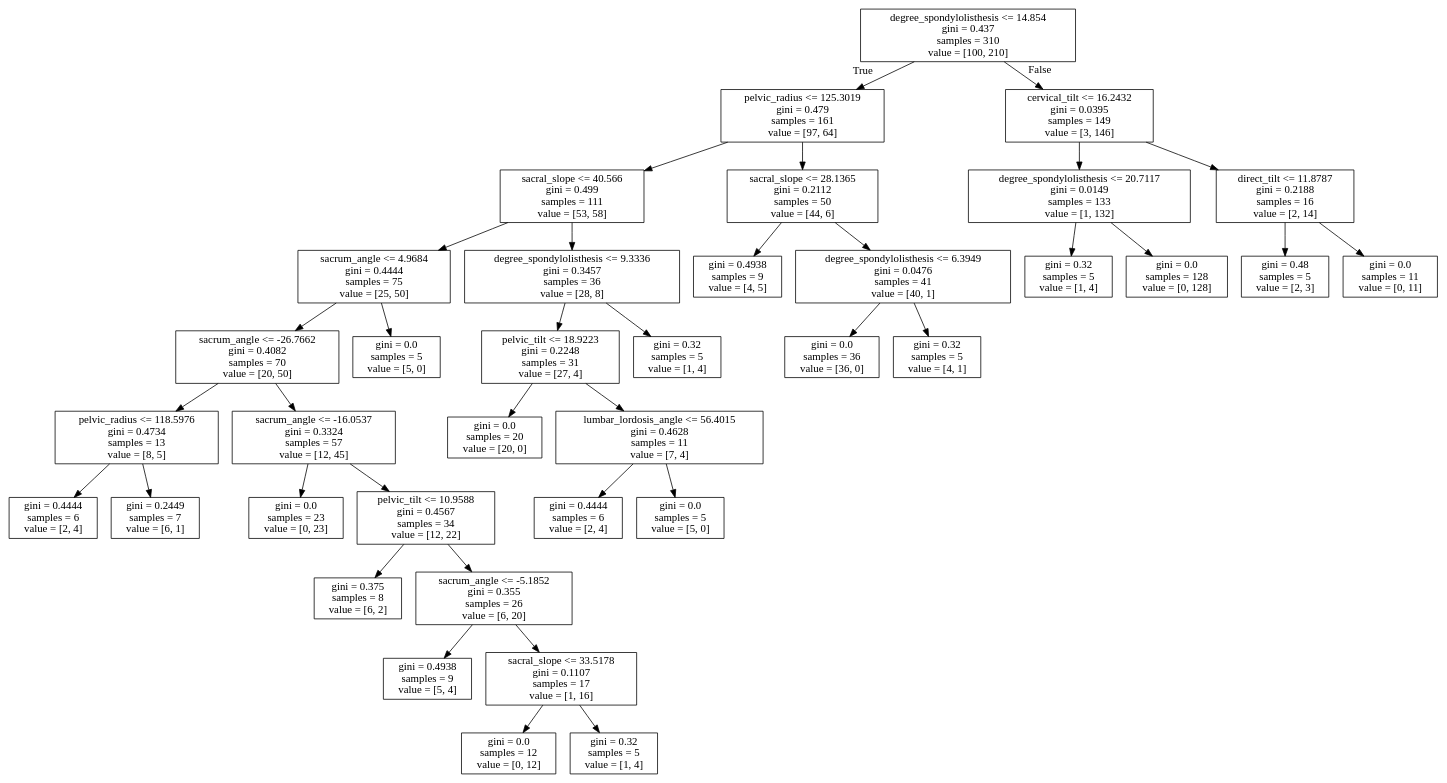
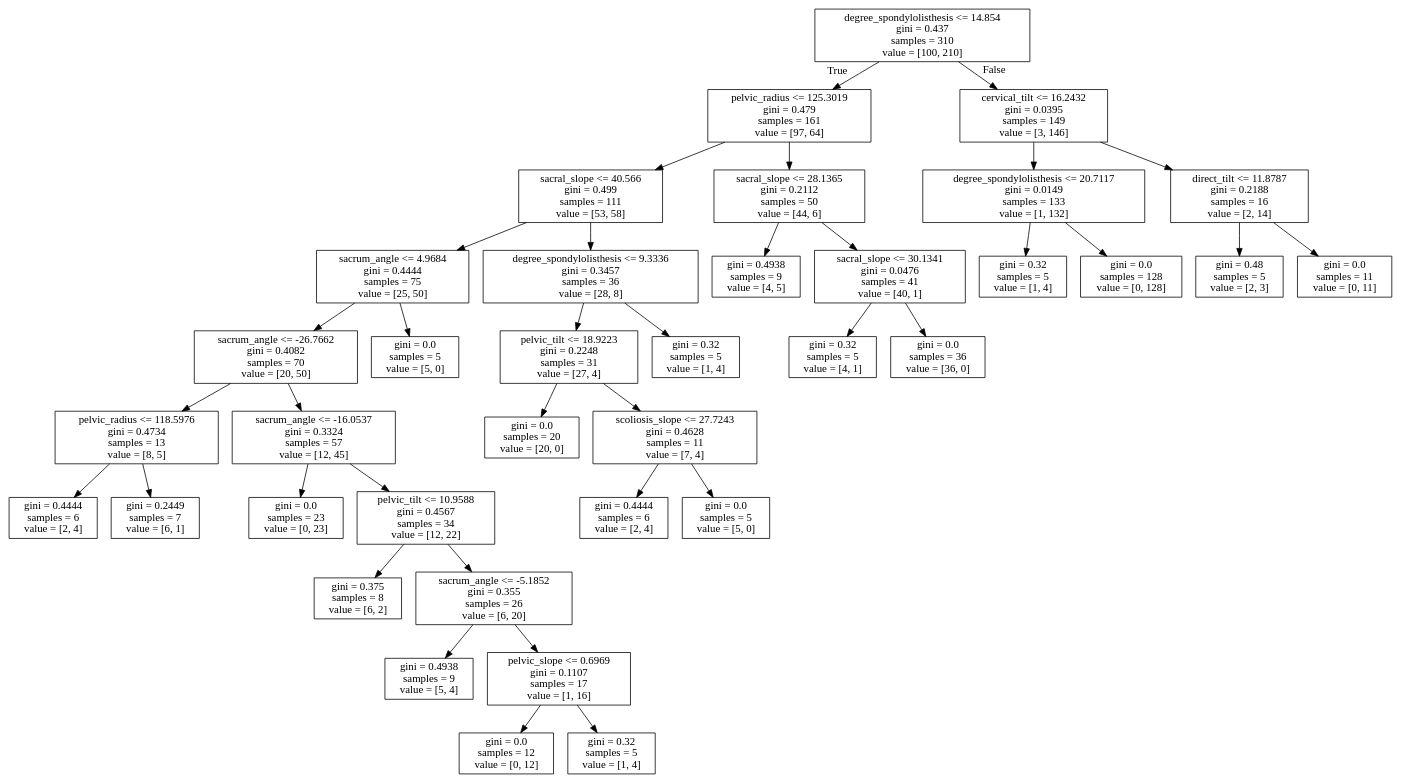
One commit to nullpointer0x00/ds-sfb changed the diagram in backpain/notebooks/tree.dot. Above: the diagram before and after it, drawn with Graphviz. The commit also changed 8 other files, not shown here.

```diff
--- a/backpain/notebooks/tree.dot
+++ b/backpain/notebooks/tree.dot
@@ -1,76 +1,76 @@
 digraph Tree {
 node [shape=box] ;
 0 [label="degree_spondylolisthesis <= 14.854\ngini = 0.437\nsamples = 310\nvalue = [100, 210]"] ;
 1 [label="pelvic_radius <= 125.3019\ngini = 0.479\nsamples = 161\nvalue = [97, 64]"] ;
 0 -> 1 [labeldistance=2.5, labelangle=45, headlabel="True"] ;
 2 [label="sacral_slope <= 40.566\ngini = 0.499\nsamples = 111\nvalue = [53, 58]"] ;
 1 -> 2 ;
 3 [label="sacrum_angle <= 4.9684\ngini = 0.4444\nsamples = 75\nvalue = [25, 50]"] ;
 2 -> 3 ;
 4 [label="sacrum_angle <= -26.7662\ngini = 0.4082\nsamples = 70\nvalue = [20, 50]"] ;
 3 -> 4 ;
 5 [label="pelvic_radius <= 118.5976\ngini = 0.4734\nsamples = 13\nvalue = [8, 5]"] ;
 4 -> 5 ;
 6 [label="gini = 0.4444\nsamples = 6\nvalue = [2, 4]"] ;
 5 -> 6 ;
 7 [label="gini = 0.2449\nsamples = 7\nvalue = [6, 1]"] ;
 5 -> 7 ;
 8 [label="sacrum_angle <= -16.0537\ngini = 0.3324\nsamples = 57\nvalue = [12, 45]"] ;
 4 -> 8 ;
 9 [label="gini = 0.0\nsamples = 23\nvalue = [0, 23]"] ;
 8 -> 9 ;
 10 [label="pelvic_tilt <= 10.9588\ngini = 0.4567\nsamples = 34\nvalue = [12, 22]"] ;
 8 -> 10 ;
 11 [label="gini = 0.375\nsamples = 8\nvalue = [6, 2]"] ;
 10 -> 11 ;
 12 [label="sacrum_angle <= -5.1852\ngini = 0.355\nsamples = 26\nvalue = [6, 20]"] ;
 10 -> 12 ;
 13 [label="gini = 0.4938\nsamples = 9\nvalue = [5, 4]"] ;
 12 -> 13 ;
-14 [label="sacral_slope <= 33.5178\ngini = 0.1107\nsamples = 17\nvalue = [1, 16]"] ;
+14 [label="pelvic_slope <= 0.6969\ngini = 0.1107\nsamples = 17\nvalue = [1, 16]"] ;
 12 -> 14 ;
 15 [label="gini = 0.0\nsamples = 12\nvalue = [0, 12]"] ;
 14 -> 15 ;
 16 [label="gini = 0.32\nsamples = 5\nvalue = [1, 4]"] ;
 14 -> 16 ;
 17 [label="gini = 0.0\nsamples = 5\nvalue = [5, 0]"] ;
 3 -> 17 ;
 18 [label="degree_spondylolisthesis <= 9.3336\ngini = 0.3457\nsamples = 36\nvalue = [28, 8]"] ;
 2 -> 18 ;
 19 [label="pelvic_tilt <= 18.9223\ngini = 0.2248\nsamples = 31\nvalue = [27, 4]"] ;
 18 -> 19 ;
 20 [label="gini = 0.0\nsamples = 20\nvalue = [20, 0]"] ;
 19 -> 20 ;
-21 [label="lumbar_lordosis_angle <= 56.4015\ngini = 0.4628\nsamples = 11\nvalue = [7, 4]"] ;
+21 [label="scoliosis_slope <= 27.7243\ngini = 0.4628\nsamples = 11\nvalue = [7, 4]"] ;
 19 -> 21 ;
 22 [label="gini = 0.4444\nsamples = 6\nvalue = [2, 4]"] ;
 21 -> 22 ;
 23 [label="gini = 0.0\nsamples = 5\nvalue = [5, 0]"] ;
 21 -> 23 ;
 24 [label="gini = 0.32\nsamples = 5\nvalue = [1, 4]"] ;
 18 -> 24 ;
 25 [label="sacral_slope <= 28.1365\ngini = 0.2112\nsamples = 50\nvalue = [44, 6]"] ;
 1 -> 25 ;
 26 [label="gini = 0.4938\nsamples = 9\nvalue = [4, 5]"] ;
 25 -> 26 ;
-27 [label="degree_spondylolisthesis <= 6.3949\ngini = 0.0476\nsamples = 41\nvalue = [40, 1]"] ;
+27 [label="sacral_slope <= 30.1341\ngini = 0.0476\nsamples = 41\nvalue = [40, 1]"] ;
 25 -> 27 ;
-28 [label="gini = 0.0\nsamples = 36\nvalue = [36, 0]"] ;
+28 [label="gini = 0.32\nsamples = 5\nvalue = [4, 1]"] ;
 27 -> 28 ;
-29 [label="gini = 0.32\nsamples = 5\nvalue = [4, 1]"] ;
+29 [label="gini = 0.0\nsamples = 36\nvalue = [36, 0]"] ;
 27 -> 29 ;
 30 [label="cervical_tilt <= 16.2432\ngini = 0.0395\nsamples = 149\nvalue = [3, 146]"] ;
 0 -> 30 [labeldistance=2.5, labelangle=-45, headlabel="False"] ;
 31 [label="degree_spondylolisthesis <= 20.7117\ngini = 0.0149\nsamples = 133\nvalue = [1, 132]"] ;
 30 -> 31 ;
 32 [label="gini = 0.32\nsamples = 5\nvalue = [1, 4]"] ;
 31 -> 32 ;
 33 [label="gini = 0.0\nsamples = 128\nvalue = [0, 128]"] ;
 31 -> 33 ;
 34 [label="direct_tilt <= 11.8787\ngini = 0.2188\nsamples = 16\nvalue = [2, 14]"] ;
 30 -> 34 ;
 35 [label="gini = 0.48\nsamples = 5\nvalue = [2, 3]"] ;
 34 -> 35 ;
 36 [label="gini = 0.0\nsamples = 11\nvalue = [0, 11]"] ;
 34 -> 36 ;
 }
```
